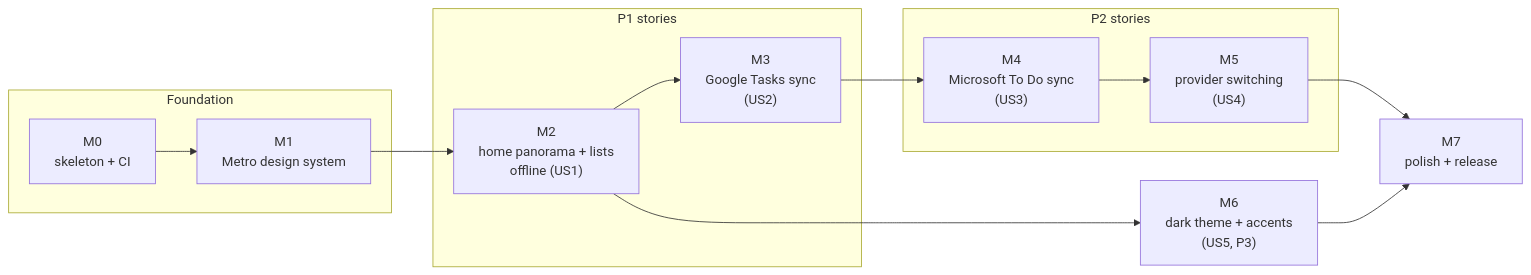
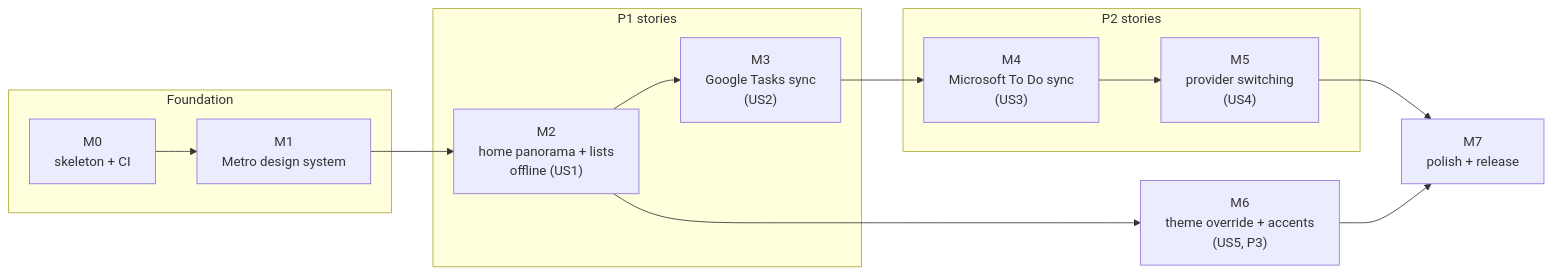
One commit to samekh248/duenorthtasks changed the fourth of 4 diagrams in specs/001-metro-todo-app/plan.md. Above: the diagram before and after it, drawn with Mermaid. The commit also changed other lines of this file and 5 other files, not shown here.

````diff
--- a/specs/001-metro-todo-app/plan.md
+++ b/specs/001-metro-todo-app/plan.md
@@ -191,17 +191,17 @@
 ```mermaid
 flowchart LR
     subgraph F["Foundation"]
         M0["M0<br/>skeleton + CI"] --> M1["M1<br/>Metro design system"]
     end
     subgraph P1["P1 stories"]
         M2["M2<br/>home panorama + lists<br/>offline (US1)"] --> M3["M3<br/>Google Tasks sync<br/>(US2)"]
     end
     subgraph P2["P2 stories"]
         M4["M4<br/>Microsoft To Do sync<br/>(US3)"] --> M5["M5<br/>provider switching<br/>(US4)"]
     end
     M1 --> M2
     M3 --> M4
-    M2 --> M6["M6<br/>dark theme + accents<br/>(US5, P3)"]
+    M2 --> M6["M6<br/>theme override + accents<br/>(US5, P3)"]
     M5 --> M7["M7<br/>polish + release"]
     M6 --> M7
 ```
````
